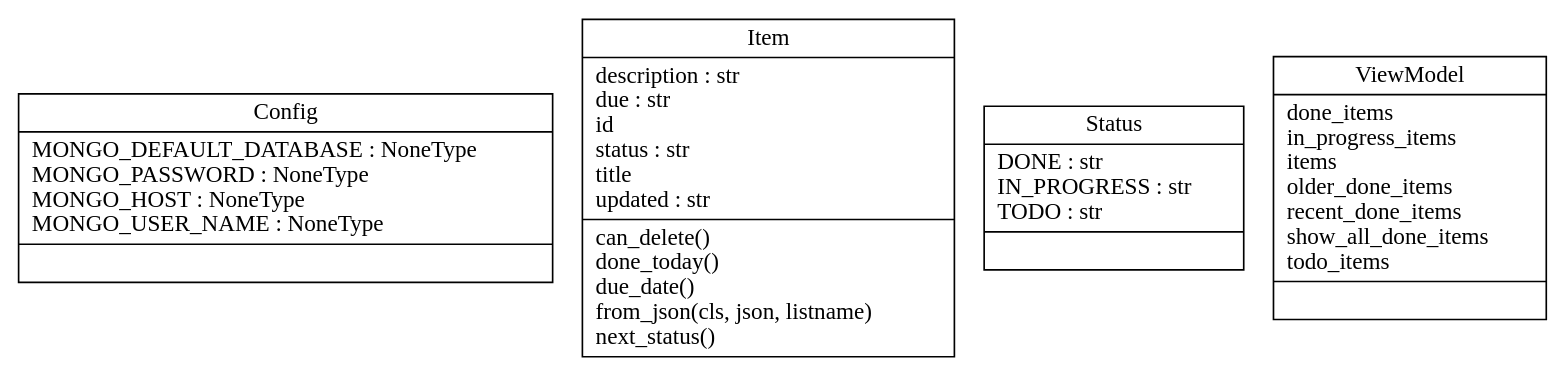
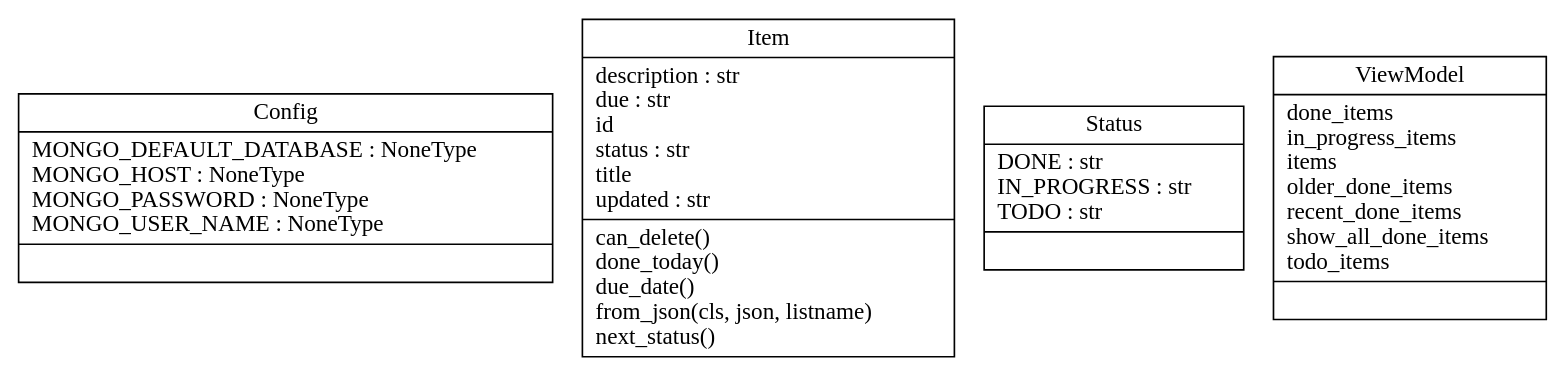
One commit to pcoulso1/DevOps-Course-Starter changed the diagram in docs/classes_ToDoApp.dot. Above: the diagram before and after it, drawn with Graphviz. The commit also changed 11 other files, not shown here.

```diff
--- a/docs/classes_ToDoApp.dot
+++ b/docs/classes_ToDoApp.dot
@@ -1,8 +1,8 @@
 digraph "classes_ToDoApp" {
 charset="utf-8"
 rankdir=BT
-"0" [label="{Config|MONGO_DEFAULT_DATABASE : NoneType\lMONGO_PASSWORD : NoneType\lMONGO_HOST : NoneType\lMONGO_USER_NAME : NoneType\l|}", shape="record"];
+"0" [label="{Config|MONGO_DEFAULT_DATABASE : NoneType\lMONGO_HOST : NoneType\lMONGO_PASSWORD : NoneType\lMONGO_USER_NAME : NoneType\l|}", shape="record"];
 "1" [label="{Item|description : str\ldue : str\lid\lstatus : str\ltitle\lupdated : str\l|can_delete()\ldone_today()\ldue_date()\lfrom_json(cls, json, listname)\lnext_status()\l}", shape="record"];
 "2" [label="{Status|DONE : str\lIN_PROGRESS : str\lTODO : str\l|}", shape="record"];
 "3" [label="{ViewModel|done_items\lin_progress_items\litems\lolder_done_items\lrecent_done_items\lshow_all_done_items\ltodo_items\l|}", shape="record"];
 }
```
